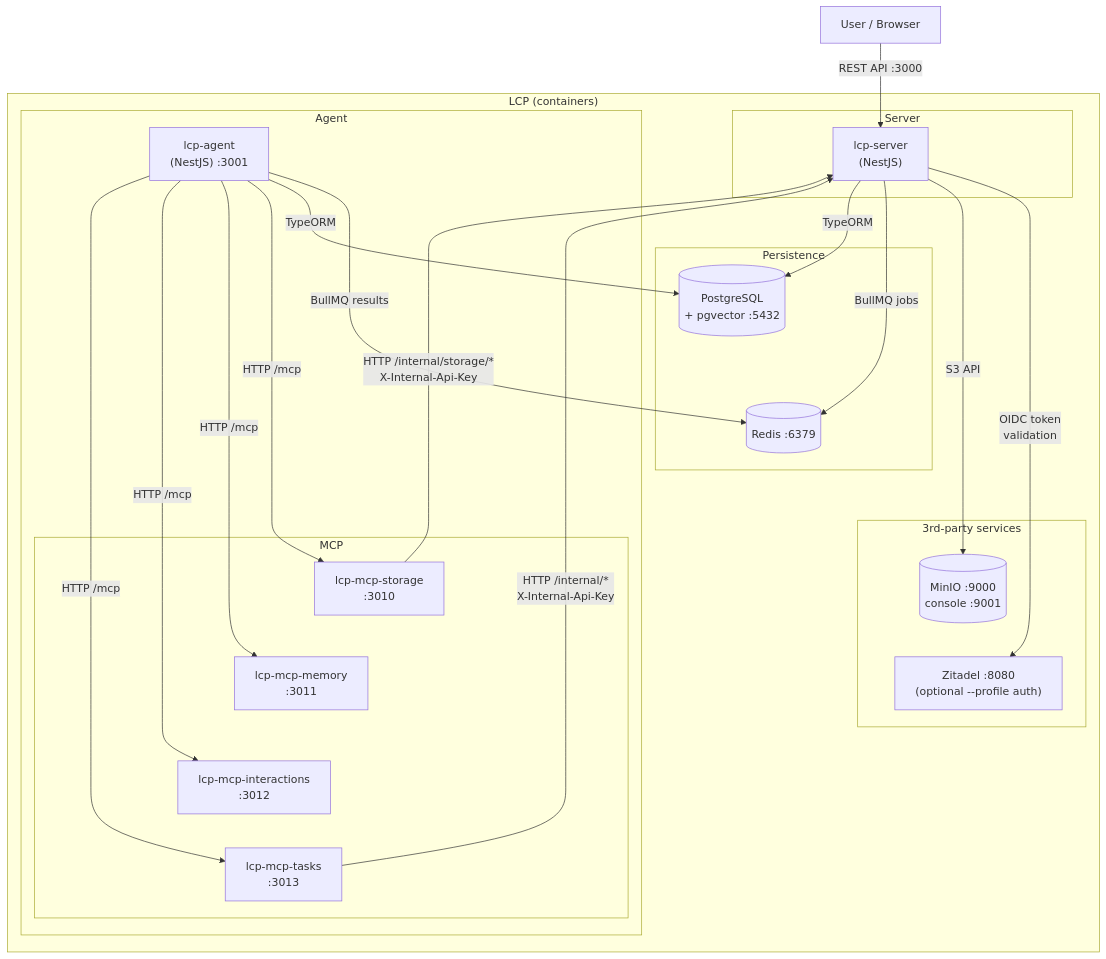
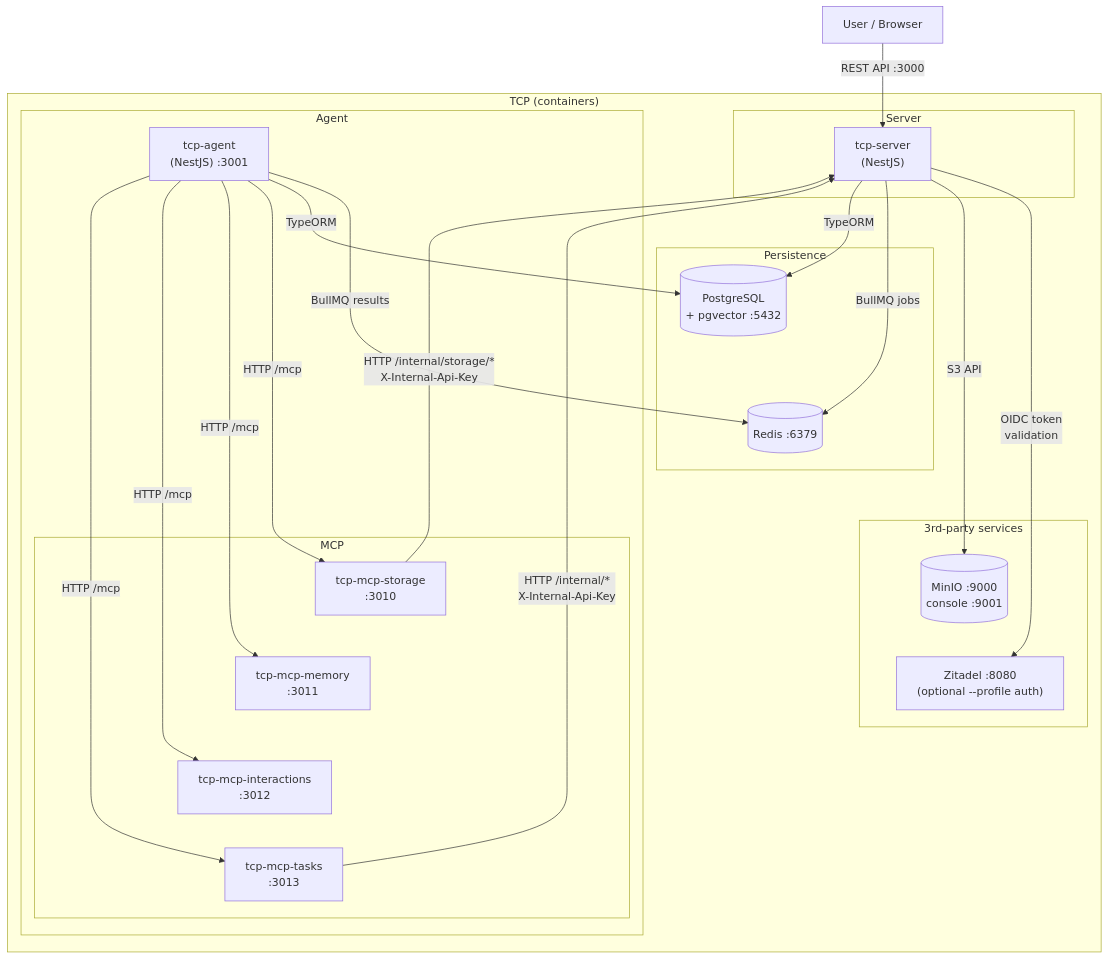
The second of 4 diagrams in README.md (instantiator/tcp-server), drawn with Mermaid before and after one commit. The commit also changed other lines of this file and 1129 other files, not shown here.

````diff
--- a/README.md
+++ b/README.md
@@ -142,52 +142,52 @@
 ```mermaid
 flowchart TD
   User["User / Browser"]
-  LcpServer["lcp-server\n(NestJS)"]
-  LcpAgent["lcp-agent\n(NestJS) :3001"]
+  TcpServer["tcp-server\n(NestJS)"]
+  TcpAgent["tcp-agent\n(NestJS) :3001"]
   Redis[(Redis :6379)]
   Zitadel["Zitadel :8080\n(optional --profile auth)"]
   Postgres[(PostgreSQL\n+ pgvector :5432)]
   MinIO[(MinIO :9000\nconsole :9001)]
-  McpStorage["lcp-mcp-storage\n:3010"]
-  McpMemory["lcp-mcp-memory\n:3011"]
-  McpInteract["lcp-mcp-interactions\n:3012"]
-  McpTasks["lcp-mcp-tasks\n:3013"]
+  McpStorage["tcp-mcp-storage\n:3010"]
+  McpMemory["tcp-mcp-memory\n:3011"]
+  McpInteract["tcp-mcp-interactions\n:3012"]
+  McpTasks["tcp-mcp-tasks\n:3013"]
 
-  subgraph LCP["LCP (containers)"]
+  subgraph TCP["TCP (containers)"]
       Server ~~~ Dbs ~~~ Agent ~~~ ThirdParty
   end
 
   subgraph Server["Server"]
-      LcpServer
+      TcpServer
   end
 
   subgraph Dbs["Persistence"]
       Postgres ~~~ Redis
   end
 
 
   subgraph Agent["Agent"]
-      LcpAgent
+      TcpAgent
       subgraph MCP
         McpStorage ~~~ McpMemory ~~~ McpInteract ~~~ McpTasks
       end
   end
 
   subgraph ThirdParty["3rd-party services"]
       MinIO ~~~ Zitadel
   end
 
-  User -->|REST API :3000| LcpServer
-  LcpServer -->|OIDC token\nvalidation| Zitadel
-  LcpServer -->|S3 API| MinIO
-  LcpServer -->|BullMQ jobs| Redis
-  LcpAgent -->|BullMQ results| Redis
-  LcpServer -->|TypeORM| Postgres
-  LcpAgent -->|TypeORM| Postgres
-  LcpAgent -->|HTTP /mcp| McpStorage
-  LcpAgent -->|HTTP /mcp| McpMemory
-  LcpAgent -->|HTTP /mcp| McpInteract
-  LcpAgent -->|HTTP /mcp| McpTasks
-  McpStorage -->|HTTP /internal/storage/*\nX-Internal-Api-Key| LcpServer
-  McpTasks -->|HTTP /internal/*\nX-Internal-Api-Key| LcpServer
+  User -->|REST API :3000| TcpServer
+  TcpServer -->|OIDC token\nvalidation| Zitadel
+  TcpServer -->|S3 API| MinIO
+  TcpServer -->|BullMQ jobs| Redis
+  TcpAgent -->|BullMQ results| Redis
+  TcpServer -->|TypeORM| Postgres
+  TcpAgent -->|TypeORM| Postgres
+  TcpAgent -->|HTTP /mcp| McpStorage
+  TcpAgent -->|HTTP /mcp| McpMemory
+  TcpAgent -->|HTTP /mcp| McpInteract
+  TcpAgent -->|HTTP /mcp| McpTasks
+  McpStorage -->|HTTP /internal/storage/*\nX-Internal-Api-Key| TcpServer
+  McpTasks -->|HTTP /internal/*\nX-Internal-Api-Key| TcpServer
 ```
````
